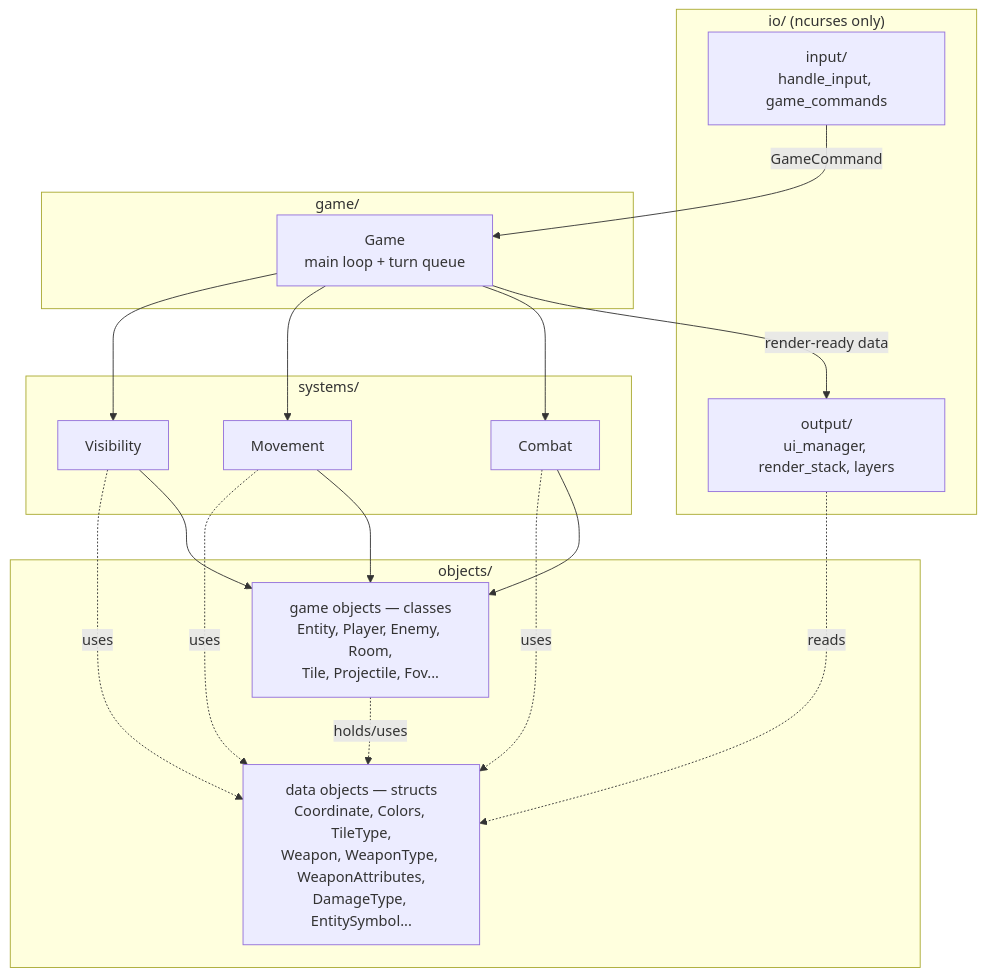
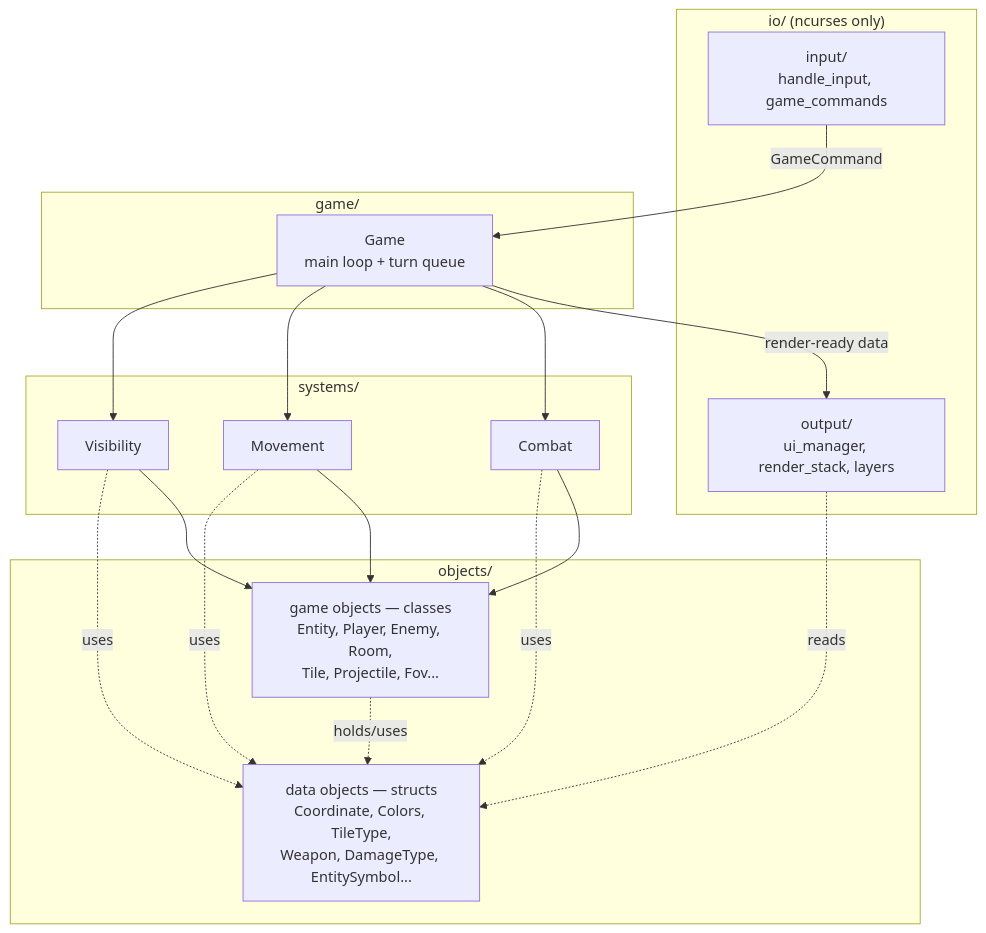
One commit to C2-Games/roguelike changed the first of 2 diagrams in .claude/ARCHITECTURE.md. Above: the diagram before and after it, drawn with Mermaid. The commit also changed other lines of this file and 21 other files, not shown here.

First line of the commit message:
refactor: Replace WeaponType/WeaponAttributes with a flat Weapon data model (#277)

````diff
--- a/.claude/ARCHITECTURE.md
+++ b/.claude/ARCHITECTURE.md
@@ -111,36 +111,36 @@
 ```mermaid
 flowchart TB
     subgraph UI["io/  (ncurses only)"]
         In["input/\nhandle_input, game_commands"]
         Out["output/\nui_manager, render_stack, layers"]
     end
  
     subgraph GAME["game/"]
         G["Game\nmain loop + turn queue"]
     end
  
     subgraph SYS["systems/"]
         Combat
         Movement
         Visibility
     end
  
     subgraph OBJ["objects/"]
         Classes["game objects — classes\nEntity, Player, Enemy, Room,\nTile, Projectile, Fov..."]
-        Data["data objects — structs\nCoordinate, Colors, TileType,\nWeapon, WeaponType, WeaponAttributes,\nDamageType, EntitySymbol..."]
+        Data["data objects — structs\nCoordinate, Colors, TileType,\nWeapon, DamageType, EntitySymbol..."]
     end
  
     In -->|GameCommand| G
     G -->|render-ready data| Out
     G --> Combat
     G --> Movement
     G --> Visibility
     Combat --> Classes
     Movement --> Classes
     Visibility --> Classes
     Classes -.holds/uses.-> Data
     Combat -.uses.-> Data
     Movement -.uses.-> Data
     Visibility -.uses.-> Data
     Out -.reads.-> Data
 ```
````
